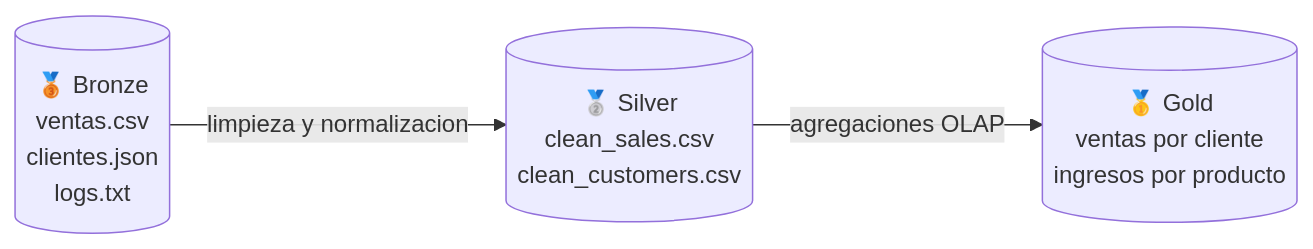
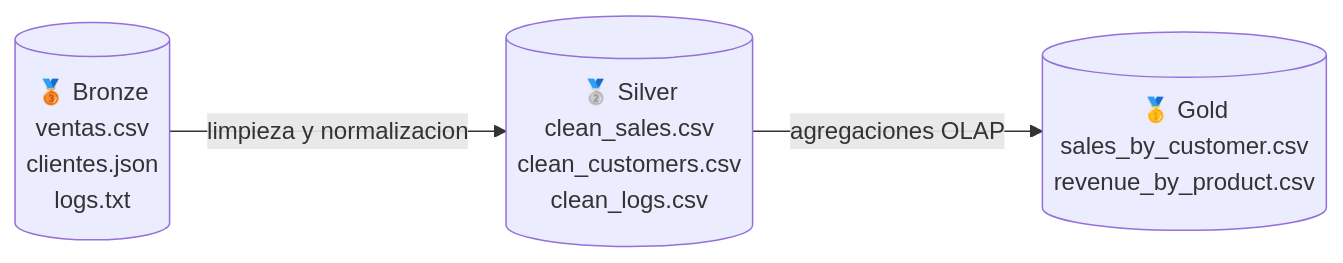
Before and after one commit to Ignaciobrenas/datacycle-mini-lakehouse: the diagram in README.md, drawn with Mermaid. The commit also changed other lines of this file and 1 other file, not shown here.

````diff
--- a/README.md
+++ b/README.md
@@ -11,5 +11,5 @@
 ```mermaid
 flowchart LR
-    B[("🥉 Bronze<br/>ventas.csv<br/>clientes.json<br/>logs.txt")] -->|limpieza y normalizacion| S[("🥈 Silver<br/>clean_sales.csv<br/>clean_customers.csv")]
-    S -->|agregaciones OLAP| G[("🥇 Gold<br/>ventas por cliente<br/>ingresos por producto")]
+    B[("🥉 Bronze<br/>ventas.csv<br/>clientes.json<br/>logs.txt")] -->|limpieza y normalizacion| S[("🥈 Silver<br/>clean_sales.csv<br/>clean_customers.csv<br/>clean_logs.csv")]
+    S -->|agregaciones OLAP| G[("🥇 Gold<br/>sales_by_customer.csv<br/>revenue_by_product.csv")]
 ```
````
